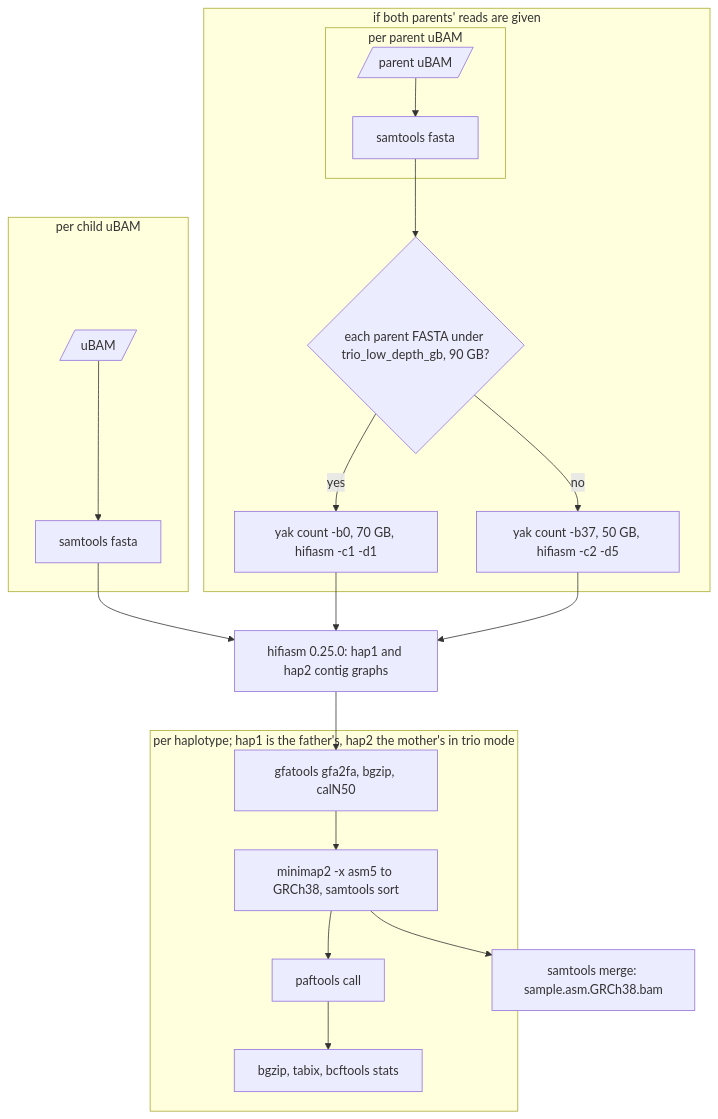
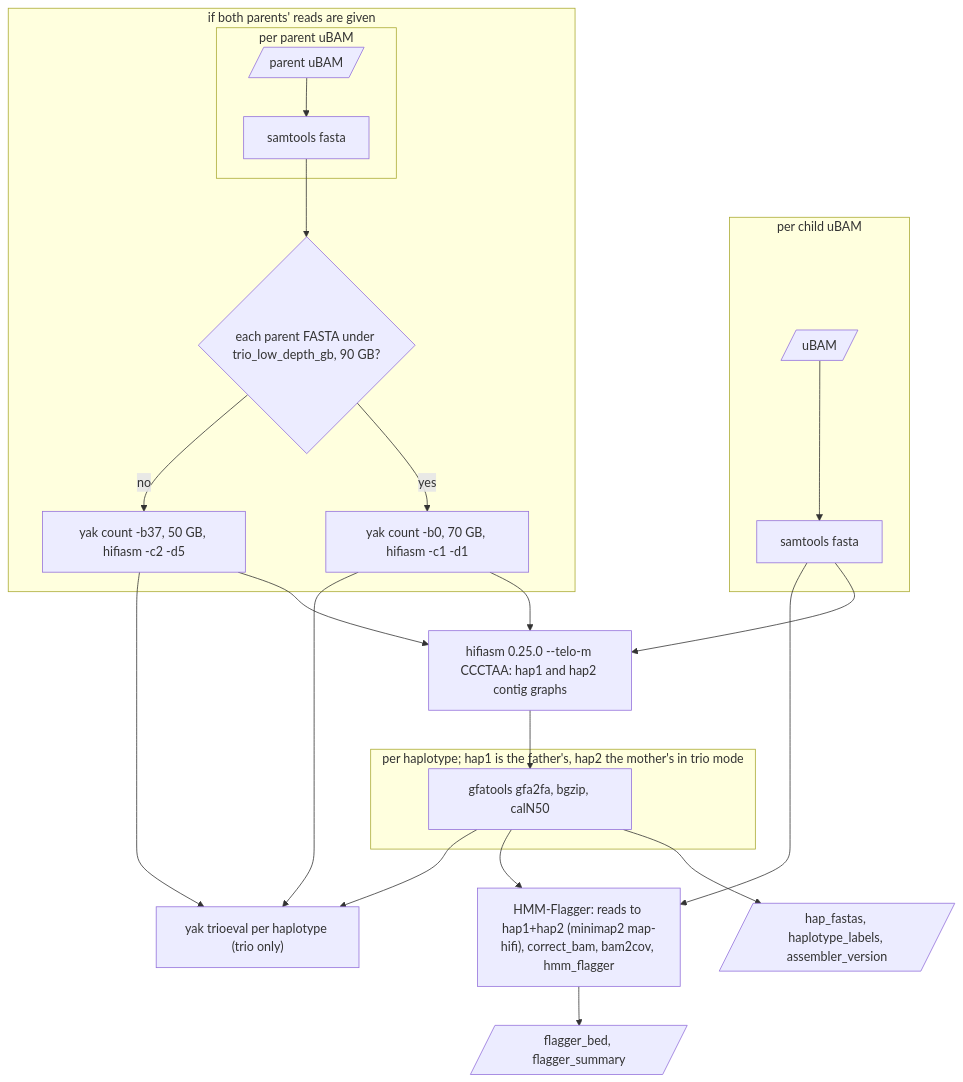
One commit to UppsalaGenomeCenter/ugc-wgw changed the eighth of 10 diagrams in docs/guide/08-stages.md. Above: the diagram before and after it, drawn with Mermaid. The commit also changed other lines of this file and 76 other files, not shown here.

````diff
--- a/docs/guide/08-stages.md
+++ b/docs/guide/08-stages.md
@@ -352,22 +356,28 @@
 ```mermaid
 flowchart TD
   subgraph child["per child uBAM"]
     c[/"uBAM"/] --> cf["samtools fasta"]
   end
   subgraph trio["if both parents' reads are given"]
     subgraph pf["per parent uBAM"]
       p[/"parent uBAM"/] --> pfa["samtools fasta"]
     end
     pfa --> depth{"each parent FASTA under trio_low_depth_gb, 90 GB?"}
     depth -->|"yes"| y1["yak count -b0, 70 GB, hifiasm -c1 -d1"]
     depth -->|"no"| y2["yak count -b37, 50 GB, hifiasm -c2 -d5"]
   end
-  cf --> asm["hifiasm 0.25.0: hap1 and hap2 contig graphs"]
+  cf --> asm["hifiasm 0.25.0 --telo-m CCCTAA: hap1 and hap2 contig graphs"]
   y1 --> asm
   y2 --> asm
   subgraph hap["per haplotype; hap1 is the father's, hap2 the mother's in trio mode"]
-    fa["gfatools gfa2fa, bgzip, calN50"] --> mm["minimap2 -x asm5 to GRCh38, samtools sort"] --> pt["paftools call"] --> zs["bgzip, tabix, bcftools stats"]
+    fa["gfatools gfa2fa, bgzip, calN50"]
   end
   asm --> fa
-  mm --> mg["samtools merge: sample.asm.GRCh38.bam"]
+  fa --> out[/"hap_fastas, haplotype_labels, assembler_version"/]
+  fa --> fl["HMM-Flagger: reads to hap1+hap2 (minimap2 map-hifi), correct_bam, bam2cov, hmm_flagger"]
+  cf --> fl
+  fl --> fb[/"flagger_bed, flagger_summary"/]
+  y1 --> te["yak trioeval per haplotype (trio only)"]
+  y2 --> te
+  fa --> te
 ```
````
